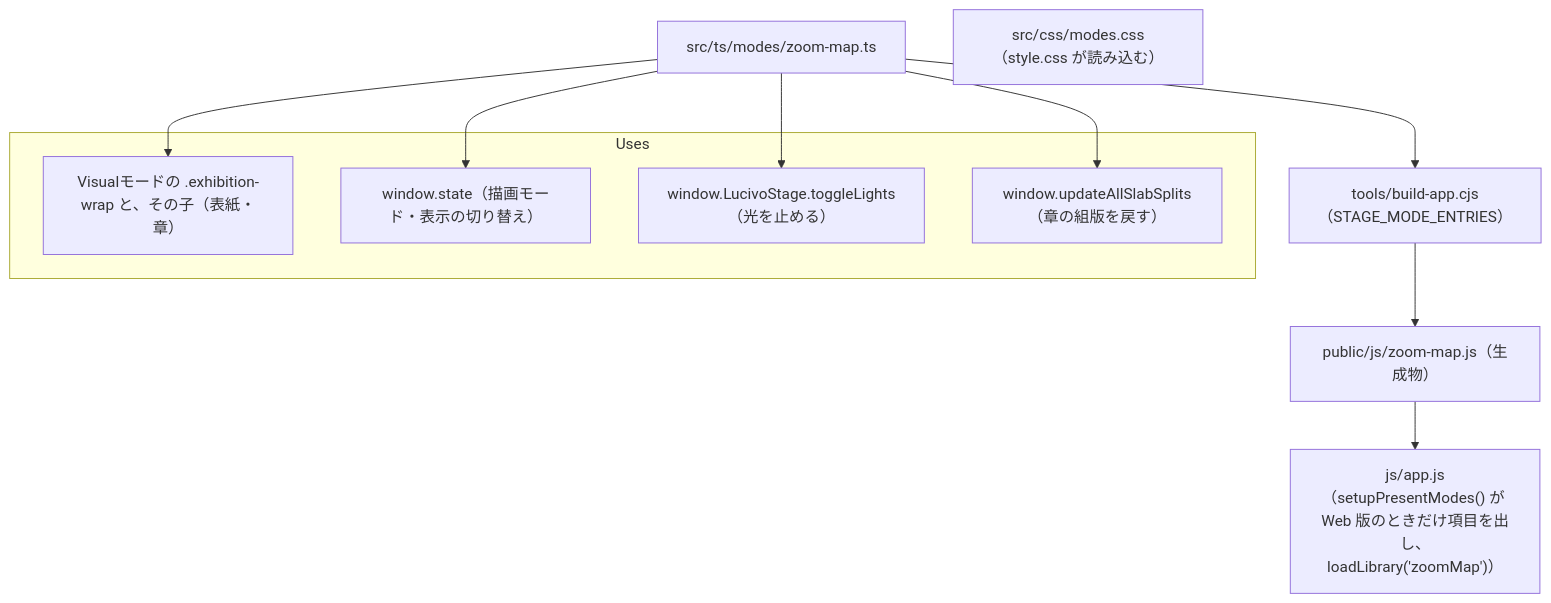
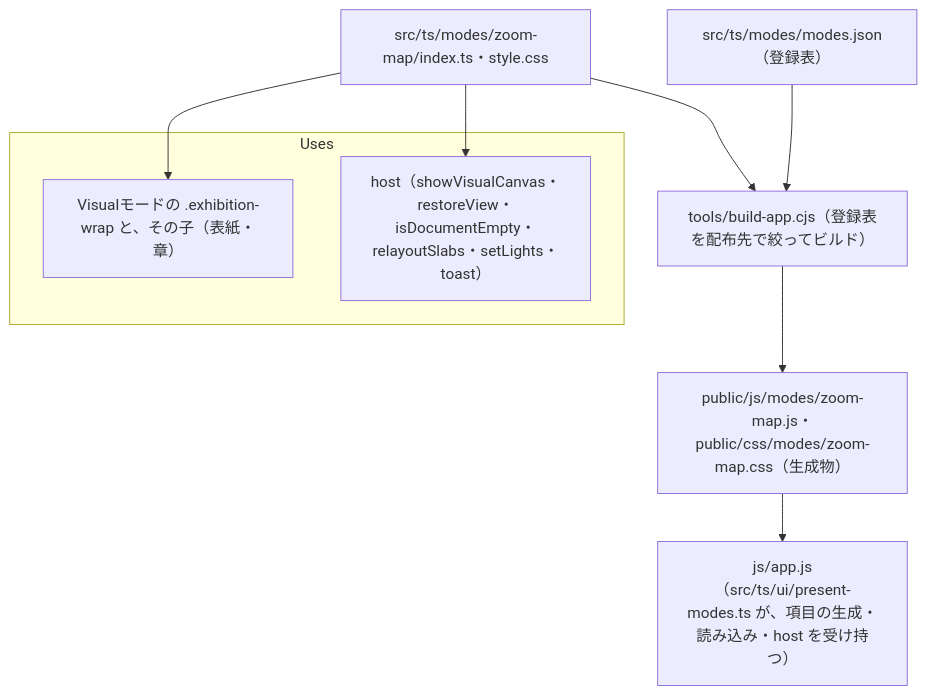
Before and after one commit to prankster-freedom/Lucivo: the diagram in doc/3.implementation/js/modes/zoom-map.md, drawn with Mermaid. The commit also changed other lines of this file and 19 other files, not shown here.

````diff
--- a/doc/3.implementation/js/modes/zoom-map.md
+++ b/doc/3.implementation/js/modes/zoom-map.md
@@ -15,21 +15,18 @@
 ```mermaid
 flowchart TD
-  src["src/ts/modes/zoom-map.ts"]
-  css["src/css/modes.css（style.css が読み込む）"]
-  build["tools/build-app.cjs（STAGE_MODE_ENTRIES）"]
+  reg["src/ts/modes/modes.json（登録表）"]
+  src["src/ts/modes/zoom-map/index.ts・style.css"]
+  build["tools/build-app.cjs（登録表を配布先で絞ってビルド）"]
+  reg --> build
   src --> build
-  out["public/js/zoom-map.js（生成物）"]
+  out["public/js/modes/zoom-map.js・public/css/modes/zoom-map.css（生成物）"]
   build --> out
-  app["js/app.js（setupPresentModes() が Web 版のときだけ項目を出し、loadLibrary('zoomMap')）"]
-  out --> app
+  menu["js/app.js（src/ts/ui/present-modes.ts が、項目の生成・読み込み・host を受け持つ）"]
+  out --> menu
   subgraph Uses
     wrap["Visualモードの .exhibition-wrap と、その子（表紙・章）"]
-    st["window.state（描画モード・表示の切り替え）"]
-    stage["window.LucivoStage.toggleLights（光を止める）"]
-    split["window.updateAllSlabSplits（章の組版を戻す）"]
+    host["host（showVisualCanvas・restoreView・isDocumentEmpty・relayoutSlabs・setLights・toast）"]
   end
   src --> wrap
-  src --> st
-  src --> stage
-  src --> split
+  src --> host
 ```
````
